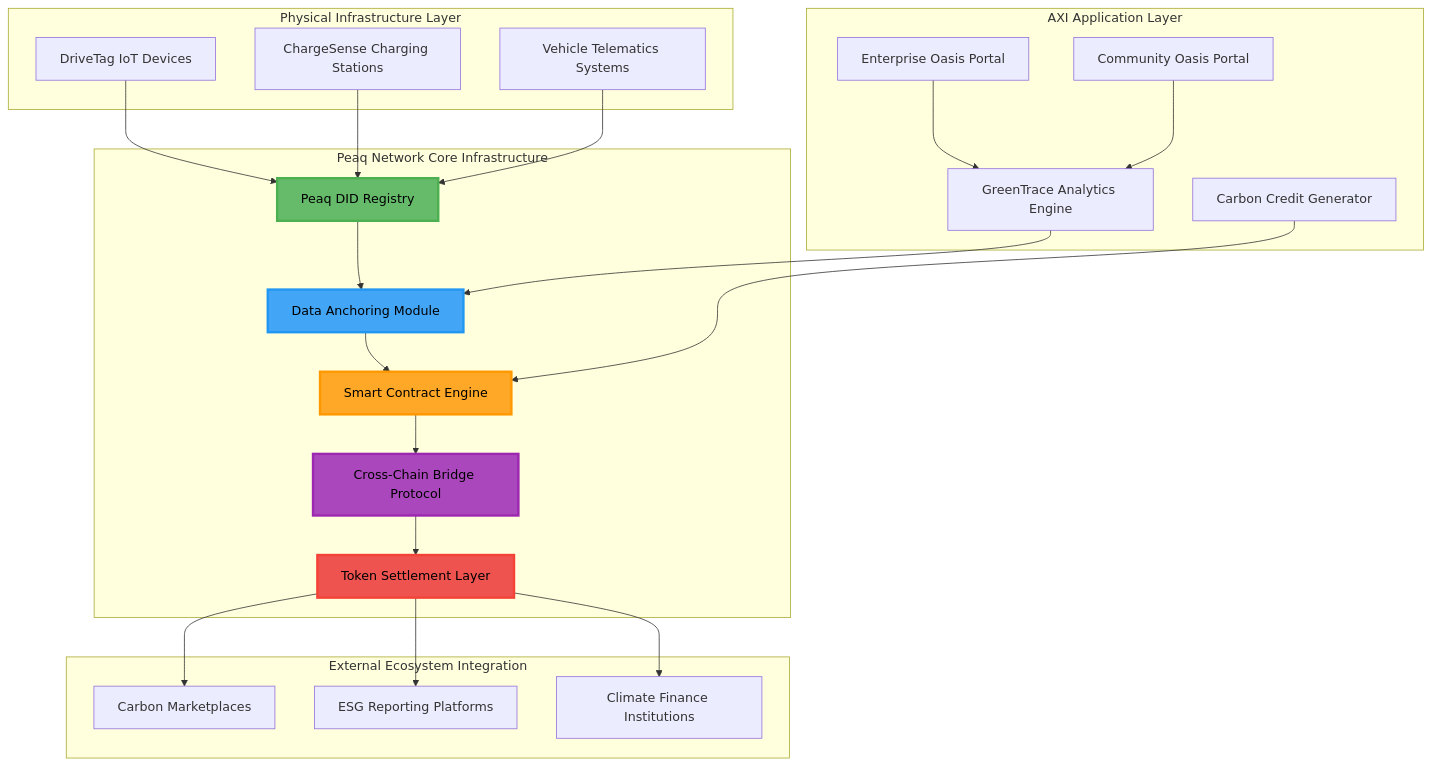
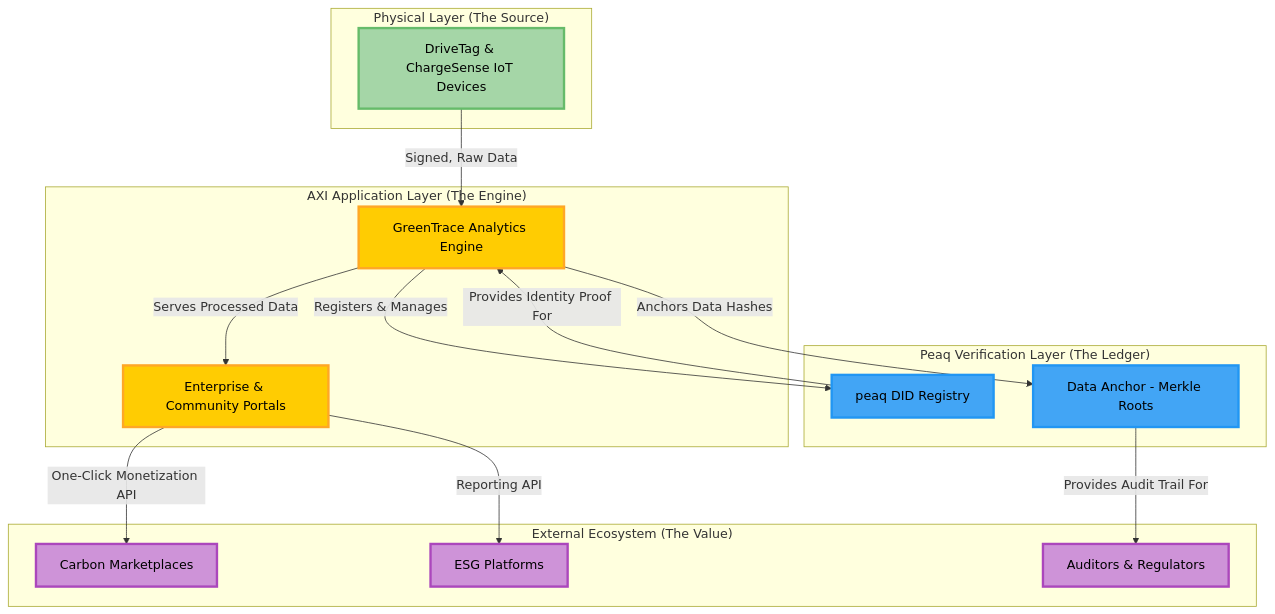
One commit to brn-mwai/aximobility-blockchain changed the first of 12 diagrams in README.md. Above: the diagram before and after it, drawn with Mermaid. The commit also changed other lines of this file, not shown here.

````diff
--- a/README.md
+++ b/README.md
@@ -23,50 +23,41 @@
 ```mermaid
-graph TB
-    subgraph "Physical Infrastructure Layer"
-        A[DriveTag IoT Devices]
-        B[ChargeSense Charging Stations]
-        C[Vehicle Telematics Systems]
+graph TD
+    subgraph "Physical Layer (The Source)"
+        A[DriveTag & ChargeSense IoT Devices]
     end
     
-    subgraph "Peaq Network Core Infrastructure"
-        D[Peaq DID Registry]
-        E[Data Anchoring Module]
-        F[Smart Contract Engine]
-        G[Cross-Chain Bridge Protocol]
-        H[Token Settlement Layer]
+    subgraph "AXI Application Layer (The Engine)"
+        B[GreenTrace Analytics Engine]
+        C[Enterprise & Community Portals]
     end
     
-    subgraph "AXI Application Layer"
-        I[GreenTrace Analytics Engine]
-        J[Enterprise Oasis Portal]
-        K[Community Oasis Portal]
-        L[Carbon Credit Generator]
+    subgraph "Peaq Verification Layer (The Ledger)"
+        D[peaq DID Registry]
+        E["Data Anchor - Merkle Roots"]
     end
     
-    subgraph "External Ecosystem Integration"
-        M[Carbon Marketplaces]
-        N[ESG Reporting Platforms]
-        O[Climate Finance Institutions]
+    subgraph "External Ecosystem (The Value)"
+        F[Carbon Marketplaces]
+        G[ESG Platforms]
+        H[Auditors & Regulators]
     end
     
-    A --> D
-    B --> D
-    C --> D
-    D --> E
-    E --> F
-    F --> G
-    G --> H
-    I --> E
-    J --> I
-    K --> I
-    L --> F
-    H --> M
-    H --> N
-    H --> O
+    A -- Signed, Raw Data --> B
+    B -- Registers & Manages --> D
+    B -- Anchors Data Hashes --> E
+    B -- Serves Processed Data --> C
+    C -- "One-Click Monetization" API --> F
+    C -- Reporting API --> G
     
-    style D fill:#66BB6A,stroke:#4CAF50,stroke-width:3px,color:#000
+    D -- Provides Identity Proof For --> B
+    E -- Provides Audit Trail For --> H
+    
+    style A fill:#A5D6A7,stroke:#66BB6A,stroke-width:3px,color:#000
+    style B fill:#FFCC02,stroke:#FFA726,stroke-width:3px,color:#000
+    style C fill:#FFCC02,stroke:#FFA726,stroke-width:3px,color:#000
+    style D fill:#42A5F5,stroke:#2196F3,stroke-width:3px,color:#000
     style E fill:#42A5F5,stroke:#2196F3,stroke-width:3px,color:#000
-    style F fill:#FFA726,stroke:#FF9800,stroke-width:3px,color:#000
-    style G fill:#AB47BC,stroke:#9C27B0,stroke-width:3px,color:#000
-    style H fill:#EF5350,stroke:#F44336,stroke-width:3px,color:#000
+    style F fill:#CE93D8,stroke:#AB47BC,stroke-width:3px,color:#000
+    style G fill:#CE93D8,stroke:#AB47BC,stroke-width:3px,color:#000
+    style H fill:#CE93D8,stroke:#AB47BC,stroke-width:3px,color:#000
 ```
````
